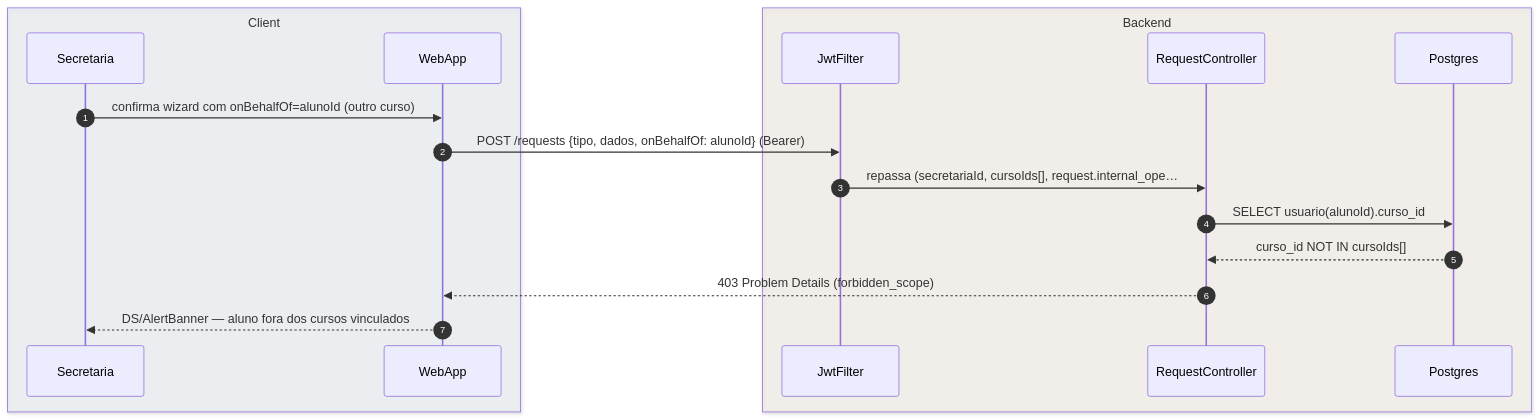
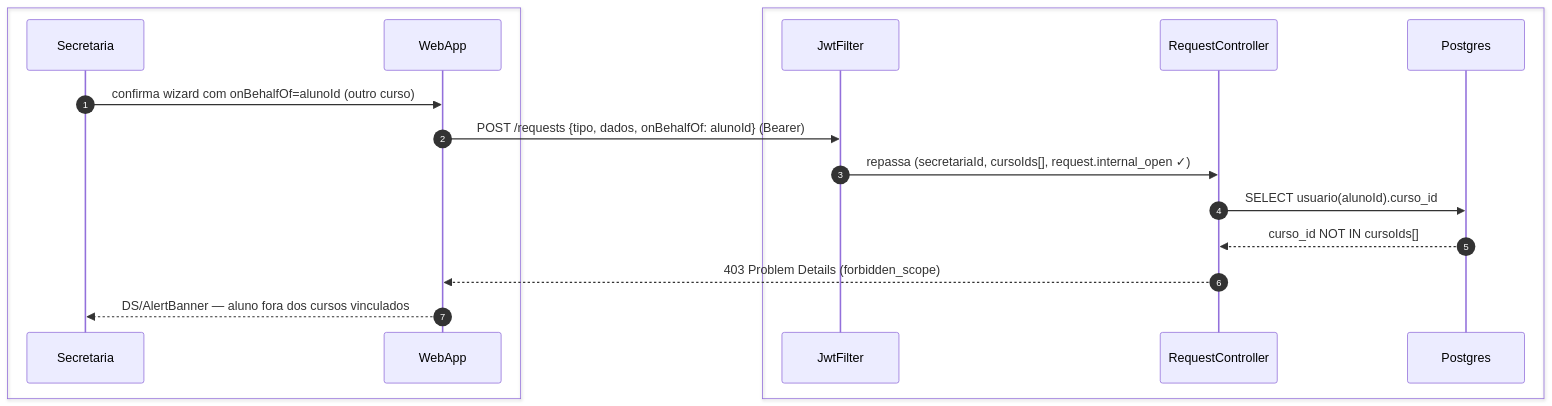
The sixth of 7 diagrams in foundationDocs/sequenceDiagrams/F5 — Secretaria/US-F5-002-SOLICITACOES.md (umishell/secretariaOnline2), drawn with Mermaid before and after one commit. The commit also changed other lines of this file and 70 other files, not shown here.

First line of the commit message:
Enhance database documentation and introduce new schema files

````diff
--- a/foundationDocs/sequenceDiagrams/F5 — Secretaria/US-F5-002-SOLICITACOES.md
+++ b/foundationDocs/sequenceDiagrams/F5 — Secretaria/US-F5-002-SOLICITACOES.md
@@ -275,21 +275,21 @@
 ```mermaid
 sequenceDiagram
     autonumber
-    box rgba(230,245,255,0.3) Client
+    box #e8f4fc Cliente
         participant Secretaria
         participant WebApp
     end
-    box rgba(255,245,230,0.3) Backend
+    box #fff8ee Servidor
         participant JwtFilter
         participant RequestController
         participant Postgres
     end
 
     Secretaria->>WebApp: confirma wizard com onBehalfOf=alunoId (outro curso)
     WebApp->>JwtFilter: POST /requests {tipo, dados, onBehalfOf: alunoId} (Bearer)
-    JwtFilter->>RequestController: repassa (secretariaId, cursoIds[], request.internal_ope…
+    JwtFilter->>RequestController: repassa (secretariaId, cursoIds[], request.internal_open ✓)
     RequestController->>Postgres: SELECT usuario(alunoId).curso_id
     Postgres-->>RequestController: curso_id NOT IN cursoIds[]
     RequestController-->>WebApp: 403 Problem Details (forbidden_scope)
     WebApp-->>Secretaria: DS/AlertBanner — aluno fora dos cursos vinculados
 ```
````
